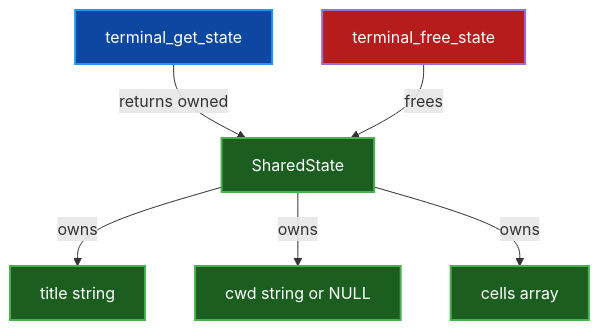
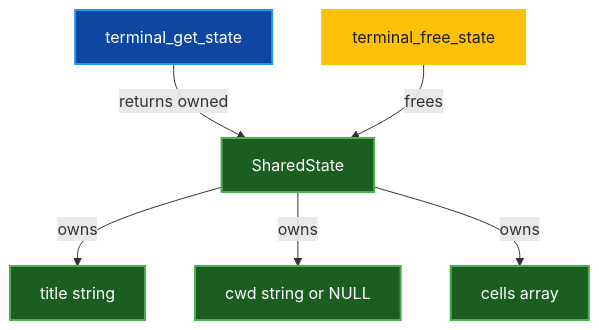
One commit to paulrobello/par-term-emu-core-rust changed the second of 2 diagrams in docs/FFI_GUIDE.md. Above: the diagram before and after it, drawn with Mermaid.

Commit message:
docs: DOC-131 fix the invalid Mermaid stroke color in FFI_GUIDE
stroke:#f4436 is a five-digit hex that Mermaid rejects. The free node now uses the theme warning color #FFC107 with dark text #1E1E1E.

````diff
--- a/docs/FFI_GUIDE.md
+++ b/docs/FFI_GUIDE.md
@@ -329,15 +329,15 @@
 ```mermaid
 graph TD
     A[terminal_get_state] -->|returns owned| B[SharedState]
     B -->|owns| C[title string]
     B -->|owns| D[cwd string or NULL]
     B -->|owns| E[cells array]
     F[terminal_free_state] -->|frees| B
 
     classDef api fill:#0d47a1,stroke:#2196f3,stroke-width:2px,color:#ffffff
     classDef owned fill:#1b5e20,stroke:#4caf50,stroke-width:2px,color:#ffffff
-    classDef free fill:#b71c1c,stroke:#f4436,stroke-width:2px,color:#ffffff
+    classDef free fill:#FFC107,stroke:#FFC107,stroke-width:2px,color:#1E1E1E
     class A api
     class B,C,D,E owned
     class F free
 ```
````
